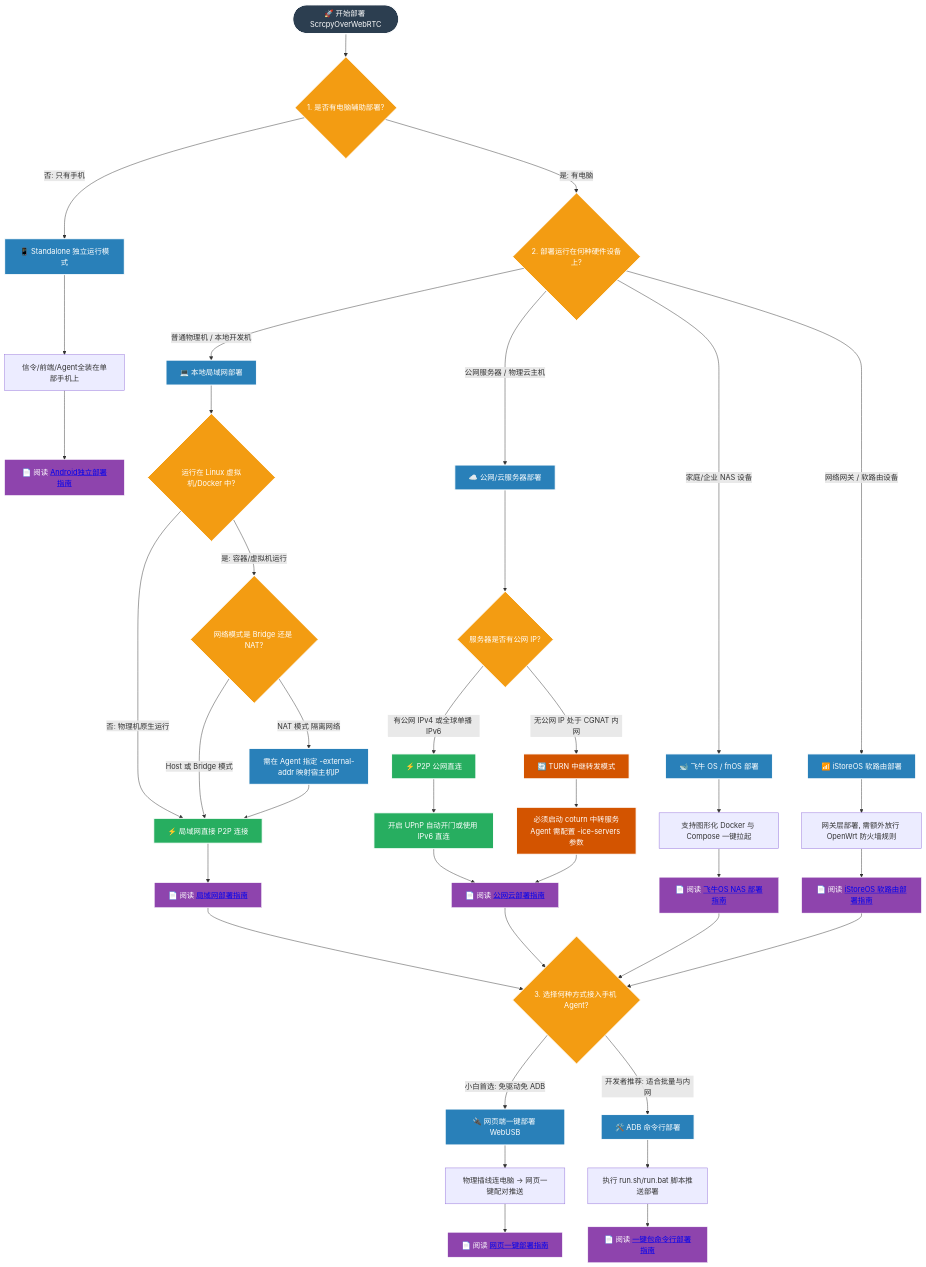
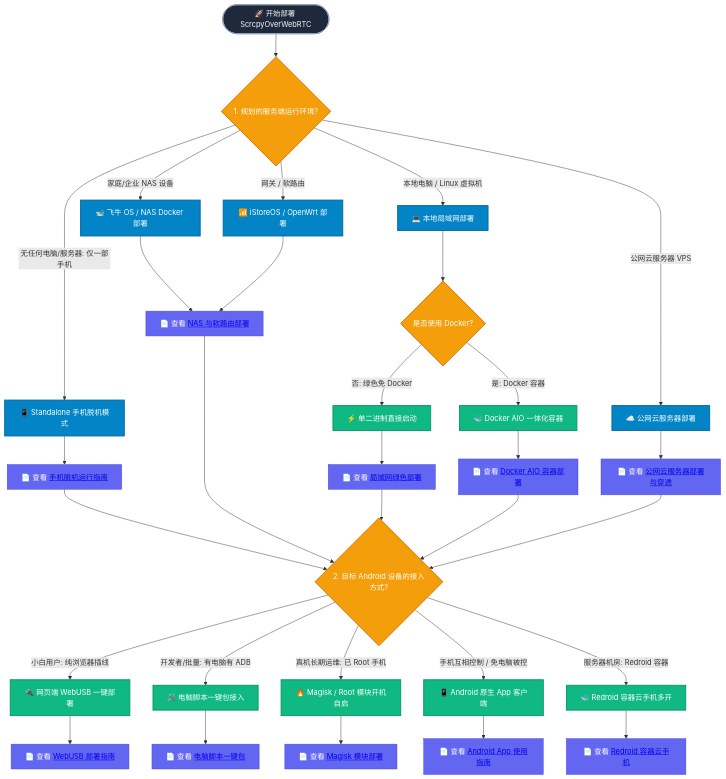
The diagram in docs/quickstart.md (hqw700/cloudphone-official), drawn with Mermaid before and after one commit. The commit also changed other lines of this file and 39 other files, not shown here.

````diff
--- a/docs/quickstart.md
+++ b/docs/quickstart.md
@@ -10,71 +42,51 @@
 ```mermaid
 graph TD
-    Start([🚀 开始部署 ScrcpyOverWebRTC]) --> Dec1{1. 是否有电脑辅助部署?}
+    classDef start fill:#1e293b,stroke:#94a3b8,stroke-width:2px,color:#f8fafc;
+    classDef choice fill:#f59e0b,stroke:#d97706,stroke-width:2px,color:#fff;
+    classDef node_green fill:#10b981,stroke:#059669,stroke-width:2px,color:#fff;
+    classDef node_blue fill:#0284c7,stroke:#0369a1,stroke-width:2px,color:#fff;
+    classDef doc_link fill:#6366f1,stroke:#4f46e5,stroke-width:1px,color:#fff;
+
+    Start([🚀 开始部署 ScrcpyOverWebRTC]):::start --> Dec1{1. 规划的服务端运行环境?}:::choice
     
-    %% 无电脑路线
-    Dec1 -->|否: 只有手机| Standalone[📱 Standalone 独立运行模式]
-    Standalone --> Standalone_Desc[信令/前端/Agent全装在单部手机上]
-    Standalone_Desc --> Link_Standalone[📄 阅读 <a href='/docs/deploy-standalone'>Android独立部署指南</a>]
+    %% 手机独立运行
+    Dec1 -->|无任何电脑/服务器: 仅一部手机| Standalone[📱 Standalone 手机脱机模式]:::node_blue
+    Standalone --> Link_Standalone[📄 查看 <a href='/deploy-standalone'>手机脱机运行指南</a>]:::doc_link
+
+    %% NAS / 软路由
+    Dec1 -->|家庭/企业 NAS 设备| FNOS[🐋 飞牛 OS / NAS Docker 部署]:::node_blue
+    FNOS --> Link_FNOS[📄 查看 <a href='/deploy-nas'>NAS 与软路由部署</a>]:::doc_link
     
-    %% 有电脑路线
-    Dec1 -->|是: 有电脑| Dec2{2. 部署运行在何种硬件设备上?}
-    
-    %% 局域网/私有云路线
-    Dec2 -->|家庭/企业 NAS 设备| FNOS[🐋 飞牛 OS / fnOS 部署]
-    FNOS --> FNOS_Desc[支持图形化 Docker 与 Compose 一键拉起]
-    FNOS_Desc --> Link_FNOS[📄 阅读 <a href='/docs/deploy-fnos'>飞牛OS NAS 部署指南</a>]
-    
-    Dec2 -->|网络网关 / 软路由设备| ISTOREOS[📶 iStoreOS 软路由部署]
-    ISTOREOS --> ISTOREOS_Desc[网关层部署, 需额外放行 OpenWrt 防火墙规则]
-    ISTOREOS_Desc --> Link_ISTOREOS[📄 阅读 <a href='/docs/deploy-istoreos'>iStoreOS 软路由部署指南</a>]
-    
-    Dec2 -->|普通物理机 / 本地开发机| LAN[💻 本地局域网部署]
-    LAN --> Dec_LAN_Env{运行在 Linux 虚拟机/Docker 中?}
-    
-    Dec_LAN_Env -->|否: 物理机原生运行| LAN_Direct[⚡ 局域网直接 P2P 连接]
-    Dec_LAN_Env -->|是: 容器/虚拟机运行| Dec_Docker_Net{网络模式是 Bridge 还是 NAT?}
-    
-    Dec_Docker_Net -->|Host 或 Bridge 模式| LAN_Direct
-    Dec_Docker_Net -->|NAT 模式 隔离网络| LAN_NAT_Config[需在 Agent 指定 -external-addr 映射宿主机IP]
-    LAN_NAT_Config --> LAN_Direct
-    
-    LAN_Direct --> Link_LAN[📄 阅读 <a href='/docs/deploy-lan'>局域网部署指南</a>]
-    
-    %% 跨网段/公网路线
-    Dec2 -->|公网服务器 / 物理云主机| WAN[☁️ 公网/云服务器部署]
-    WAN --> Dec_WAN_IP{服务器是否有公网 IP?}
-    
-    Dec_WAN_IP -->|有公网 IPv4 或全球单播 IPv6| WAN_P2P[⚡ P2P 公网直连]
-    WAN_P2P --> WAN_P2P_Config[开启 UPnP 自动开门或使用 IPv6 直连]
-    WAN_P2P_Config --> Link_WAN[📄 阅读 <a href='/docs/deploy-cloud'>公网云部署指南</a>]
-    
-    Dec_WAN_IP -->|无公网 IP 处于 CGNAT 内网| WAN_TURN[🔄 TURN 中继转发模式]
-    WAN_TURN --> WAN_TURN_Config[必须启动 coturn 中转服务<br/>Agent 需配置 -ice-servers 参数]
-    WAN_TURN_Config --> Link_WAN
-    
-    %% 统一设备接入方式决策
-    Link_LAN & Link_WAN & Link_FNOS & Link_ISTOREOS --> Dec_Device_Join{3. 选择何种方式接入手机 Agent?}
-    
-    Dec_Device_Join -->|小白首选: 免驱动免 ADB| WebUSB[🔌 网页端一键部署 WebUSB]
-    WebUSB --> WebUSB_Desc[物理插线连电脑 -> 网页一键配对推送]
-    WebUSB_Desc --> Link_WebUSB[📄 阅读 <a href='/docs/agent-deploy'>网页一键部署指南</a>]
-    
-    Dec_Device_Join -->|开发者推荐: 适合批量与内网| ADB_Cmd[🛠️ ADB 命令行部署]
-    ADB_Cmd --> ADB_Cmd_Desc[执行 run.sh/run.bat 脚本推送部署]
-    ADB_Cmd_Desc --> Link_ADB[📄 阅读 <a href='/docs/agent-deploy'>一键包命令行部署指南</a>]
+    Dec1 -->|网关 / 软路由| ISTOREOS[📶 iStoreOS / OpenWrt 部署]:::node_blue
+    ISTOREOS --> Link_FNOS
 
-    %% 样式定制
-    classDef start fill:#2c3e50,stroke:#fff,stroke-width:2px,color:#fff;
-    classDef choice fill:#f39c12,stroke:#fff,stroke-width:2px,color:#fff;
-    classDef node_green fill:#27ae60,stroke:#fff,stroke-width:2px,color:#fff;
-    classDef node_orange fill:#d35400,stroke:#fff,stroke-width:2px,color:#fff;
-    classDef node_blue fill:#2980b9,stroke:#fff,stroke-width:2px,color:#fff;
-    classDef doc_link fill:#8e44ad,stroke:#fff,stroke-width:1px,color:#fff;
-    
-    class Start start;
-    class Dec1,Dec2,Dec_LAN_Env,Dec_Docker_Net,Dec_WAN_IP,Dec_Device_Join choice;
-    class LAN_Direct,WAN_P2P,WAN_P2P_Config node_green;
-    class WAN_TURN,WAN_TURN_Config node_orange;
-    class Standalone,LAN,WAN,WebUSB,ADB_Cmd,LAN_NAT_Config,FNOS,ISTOREOS node_blue;
-    class Link_Standalone,Link_LAN,Link_WAN,Link_WebUSB,Link_ADB,Link_FNOS,Link_ISTOREOS doc_link;
+    %% 局域网开发机
+    Dec1 -->|本地电脑 / Linux 虚拟机| LAN[💻 本地局域网部署]:::node_blue
+    LAN --> Dec_LAN_Docker{是否使用 Docker?}:::choice
+    Dec_LAN_Docker -->|否: 绿色免 Docker| LAN_Binary[⚡ 单二进制直接启动]:::node_green
+    Dec_LAN_Docker -->|是: Docker 容器| LAN_AIO[🐳 Docker AIO 一体化容器]:::node_green
+    LAN_Binary --> Link_LAN[📄 查看 <a href='/deploy-lan'>局域网绿色部署</a>]:::doc_link
+    LAN_AIO --> Link_Docker[📄 查看 <a href='/deploy-docker'>Docker AIO 容器部署</a>]:::doc_link
+
+    %% 云服务器
+    Dec1 -->|公网云服务器 VPS| WAN[☁️ 公网云服务器部署]:::node_blue
+    WAN --> Link_WAN[📄 查看 <a href='/deploy-cloud'>公网云服务器部署与穿透</a>]:::doc_link
+
+    %% 设备接入决策
+    Link_Standalone & Link_FNOS & Link_LAN & Link_Docker & Link_WAN --> Dec2{2. 目标 Android 设备的接入方式?}:::choice
+
+    Dec2 -->|小白用户: 纯浏览器插线| Join_WebUSB[🔌 网页端 WebUSB 一键部署]:::node_green
+    Join_WebUSB --> Link_WebUSB[📄 查看 <a href='/agent-webusb'>WebUSB 部署指南</a>]:::doc_link
+
+    Dec2 -->|开发者/批量: 有电脑有 ADB| Join_Script[🛠️ 电脑脚本一键包接入]:::node_green
+    Join_Script --> Link_Script[📄 查看 <a href='/agent-script'>电脑脚本一键包</a>]:::doc_link
+
+    Dec2 -->|真机长期运维: 已 Root 手机| Join_Magisk[🔥 Magisk / Root 模块开机自启]:::node_green
+    Join_Magisk --> Link_Magisk[📄 查看 <a href='/agent-magisk'>Magisk 模块部署</a>]:::doc_link
+
+    Dec2 -->|手机互相控制 / 免电脑被控| Join_App[📱 Android 原生 App 客户端]:::node_green
+    Join_App --> Link_App[📄 查看 <a href='/app-guide'>Android App 使用指南</a>]:::doc_link
+
+    Dec2 -->|服务器机房: Redroid 容器| Join_Redroid[🐳 Redroid 容器云手机多开]:::node_green
+    Join_Redroid --> Link_Redroid[📄 查看 <a href='/agent-docker'>Redroid 容器云手机</a>]:::doc_link
 ```
````
